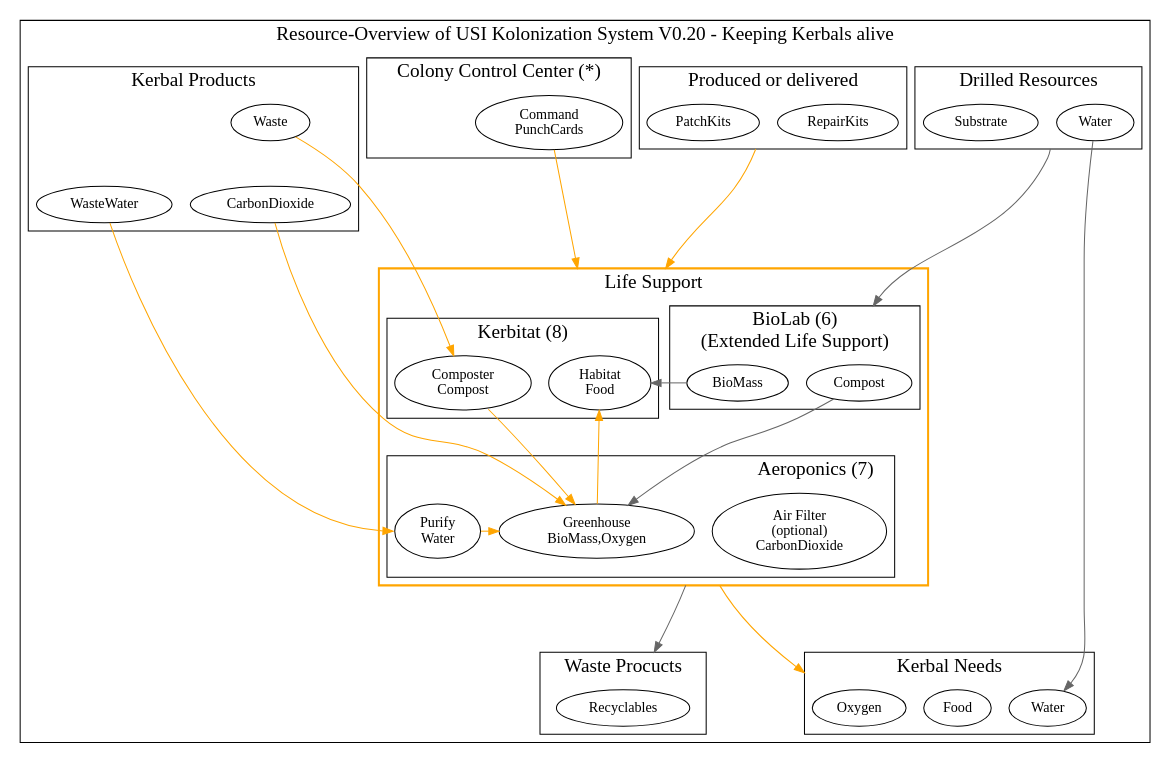
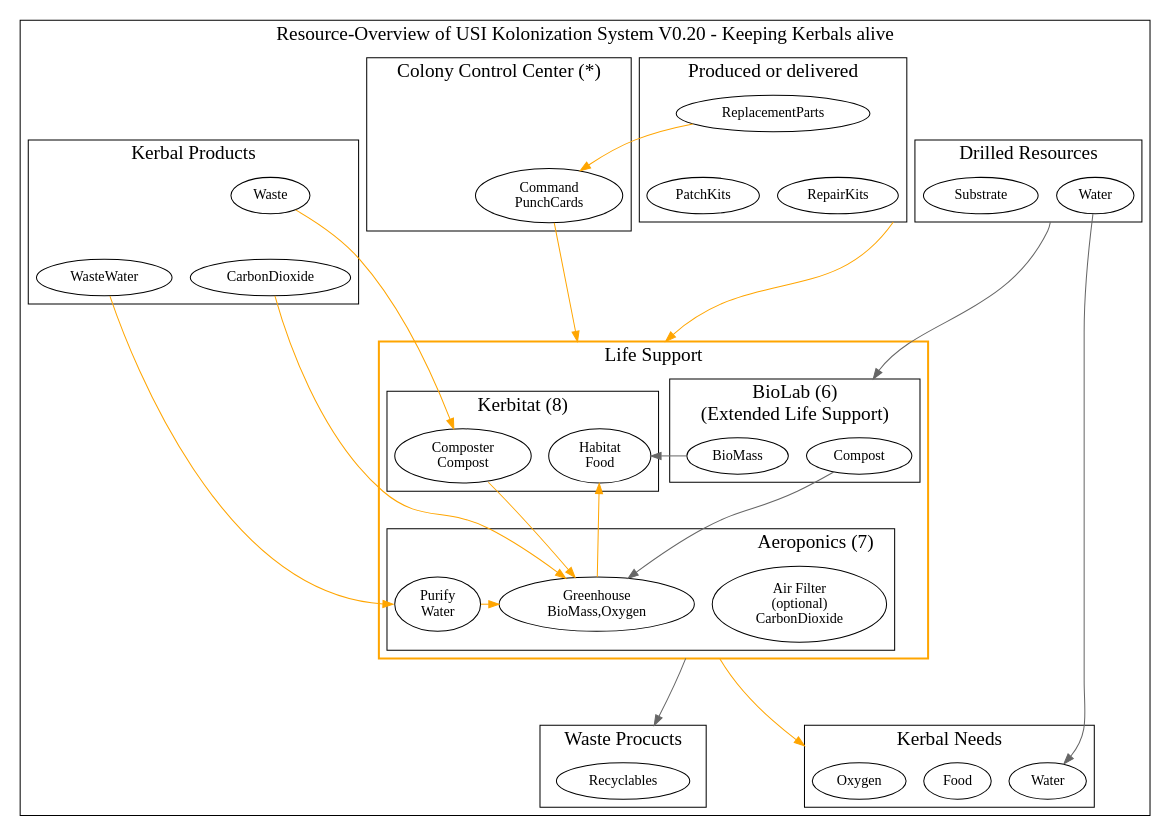
Before and after one commit to mhoram-kerbin/USI-Kolonization-Systems-Resources: the diagram in LifeSupport.dot, drawn with Graphviz. The commit also changed 1 other file, not shown here.

Commit message:
Bugfix: Command depends on ReplacementParts.

```diff
--- a/LifeSupport.dot
+++ b/LifeSupport.dot
@@ -1,128 +1,136 @@
 /* -*- coding: utf-8; -*-
 Overview over USI Kolonization System Resources
 Copyright 2014 By Mhoram
 
 This Work may be distributed under the Creative Commons
 Attribution-ShareAlike 4.0 International or Creative Commons
 Attribution-NonCommercial-ShareAlike 4.0 International License as you
 chose.
 
 */
 
 # dot -Tpdf -o LifeSupport.pdf LifeSupport.dot
 # dot -Tpng -o LifeSupport.png LifeSupport.dot
 
 digraph Resources {
     compound=true;
 
     subgraph clusterLIFE {
         graph [label="Resource-Overview of USI Kolonization System V0.20 - Keeping Kerbals alive" fontsize=19];
 
         subgraph clusterDRILLS {
             label="Drilled Resources";
             LSubstrate [label="Substrate"];
             Water;
         }
 
         subgraph clusterProducts {
             label="Produced or delivered";
             PatchKitsL [label="PatchKits"];
             RepairKitsL [label="RepairKits"];
+            ReplacementParts;
+
+            ReplacementParts -> RepairKitsL [style=invisible,arrowhead=none];
+            ReplacementParts -> PatchKitsL [style=invisible,arrowhead=none];
         }
 
         subgraph clusterCCC {
             label="Colony Control Center (*)";
             Command [label="Command\nPunchCards"];
+            InvCCC [style=invisible];
+            InvCCC -> Command [style=invisible,arrowhead=none];
         }
 
         subgraph clusterKerbal {
             label="Kerbal Products";
             Waste;
             WasteWater;
             CarbonDioxide;
             Waste -> CarbonDioxide [weight=10,style=invisible,arrowhead=none];
             Waste -> WasteWater [style=invisible,arrowhead=none];
         }
 
         subgraph clusterKerbalNeeds {
             label="Kerbal Needs";
             Oxygen;
             Food;
             WaterN [label="Water"];
         }
 
         subgraph clusterLIFESUPPORT {
             label="Life Support";
             color="orange";penwidth=2;
             subgraph  {
                 color="black";penwidth=1;
                 subgraph clusterKerbitat {
                     label="Kerbitat (8)";
                     Composter [label="Composter\nCompost"];
                     Habitat [label="Habitat\nFood"];
                     {
                         rank = same;
                         rankdir=LR;
                         edge [minlen=0];
                         Composter->Habitat [style=invisible,arrowhead=none];
                     }
                 }
 
                 subgraph clusterBIOLAB {
                     label="BioLab (6)\n(Extended Life Support)";
                     BioMass;
                     Compost;
                 }
             }
 
             subgraph clusterAeroponics {
                 label="Aeroponics (7)";
                 labeljust="r";
                 color="black"; penwidth=1;
                 "Air Filter" [label="Air Filter\n(optional)\nCarbonDioxide"];
                 Greenhouse [label="Greenhouse\nBioMass,Oxygen"];
                 Purify [label="Purify\nWater"];
                 edge [color="#666666"];
 
                 Purify -> Greenhouse[constraint = false,color=orange];
             }
 
             edge [minlen=2, color="#666666"];
             Composter -> Greenhouse [tailport=se,color=orange];
             Greenhouse -> Habitat [constraint = false,color=orange];
             BioMass -> Habitat [constraint = false];
             Compost -> Greenhouse;
 
         }
 
         subgraph clusterRecyclablesL {
             label="Waste Procucts";
             RecyclablesL [label="Recyclables"];
             Oxygen;
             Food;
         }
 
 
         edge [minlen=3, color="#666666"];
 
 
         Waste -> Composter [color=orange];
         WasteWater -> Purify [headport=w,color=orange];
         CarbonDioxide -> Greenhouse [color=orange];
 
-        PatchKitsL -> Habitat [lhead=clusterLIFESUPPORT,ltail=clusterProducts,tailport=e,color=orange];
+        RepairKitsL -> Habitat [lhead=clusterLIFESUPPORT,ltail=clusterProducts,tailport=e,color=orange];
         RepairKitsL -> BioMass [lhead=clusterLIFESUPPORT,style=invisible,arrowhead=none];
 
         "Air Filter" -> Oxygen [lhead=clusterKerbalNeeds; ltail=clusterLIFESUPPORT,tailport=w,color=orange];
         Water -> WaterN [headport=ne];
 #        Water -> Compost [lhead=clusterBIOLAB];
         LSubstrate -> Compost [lhead=clusterBIOLAB,ltail=clusterDRILLS,style=invisible,arrowhead=none];
         Water -> Compost [lhead=clusterBIOLAB,ltail=clusterDRILLS, tailport=nw,headport=n];
 
         Command -> Habitat [lhead=clusterLIFESUPPORT, weight=2,color=orange];
 
         Greenhouse -> RecyclablesL [ltail=clusterLIFESUPPORT,lhead=clusterRecyclablesL,tailport=ne];
 
+        ReplacementParts -> Command [constraint = false,color=orange];
+
     }
 
 }
```
